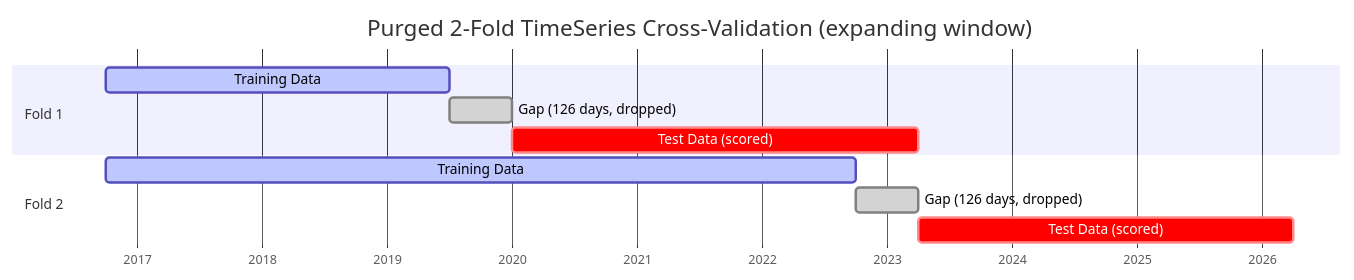
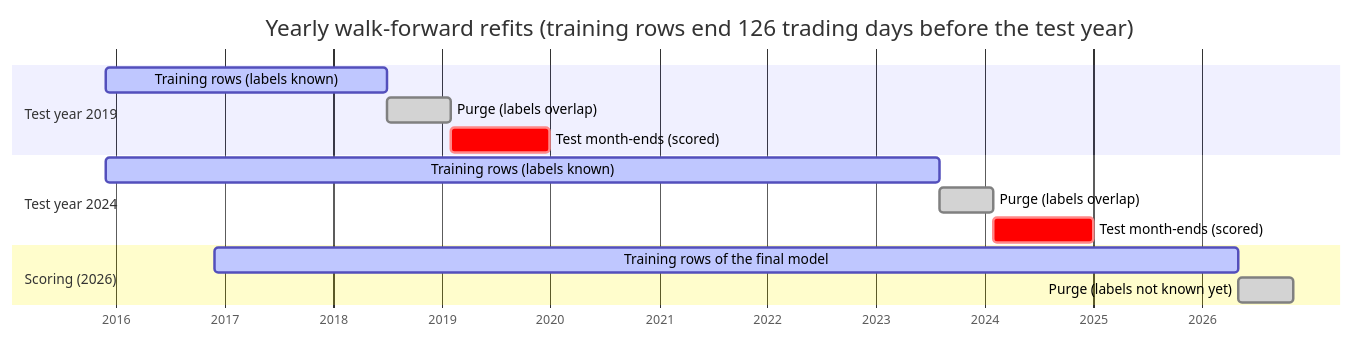
Before and after one commit to kleinnconrad/ml.prediction.stocks: the first of 2 diagrams in README.md, drawn with Mermaid. The commit also changed other lines of this file and 34 other files, not shown here.

````diff
--- a/README.md
+++ b/README.md
@@ -61,16 +67,20 @@
 ```mermaid
 gantt
-    title Purged 2-Fold TimeSeries Cross-Validation (expanding window)
+    title Yearly walk-forward refits (training rows end 126 trading days before the test year)
     dateFormat  YYYY-MM-DD
     axisFormat  %Y
 
-    section Fold 1
-    Training Data             :active, 2016-10-01, 2019-07-01
-    Gap (126 days, dropped)   :done,   2019-07-01, 2020-01-01
-    Test Data (scored)        :crit,   2020-01-01, 2023-04-01
+    section Test year 2019
+    Training rows (labels known)   :active, 2015-11-30, 2018-07-01
+    Purge (labels overlap)         :done,   2018-07-01, 2019-01-31
+    Test month-ends (scored)       :crit,   2019-01-31, 2019-12-31
 
-    section Fold 2
-    Training Data             :active, 2016-10-01, 2022-10-01
-    Gap (126 days, dropped)   :done,   2022-10-01, 2023-04-01
-    Test Data (scored)        :crit,   2023-04-01, 2026-04-01
+    section Test year 2024
+    Training rows (labels known)   :active, 2015-11-30, 2023-08-01
+    Purge (labels overlap)         :done,   2023-08-01, 2024-01-31
+    Test month-ends (scored)       :crit,   2024-01-31, 2024-12-31
+
+    section Scoring (2026)
+    Training rows of the final model :active, 2016-11-30, 2026-05-01
+    Purge (labels not known yet)     :done,   2026-05-01, 2026-11-03
 ```
````
